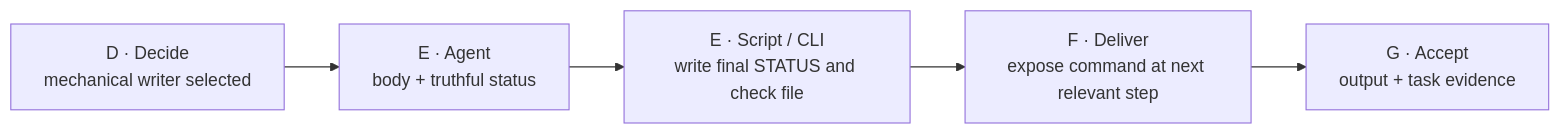
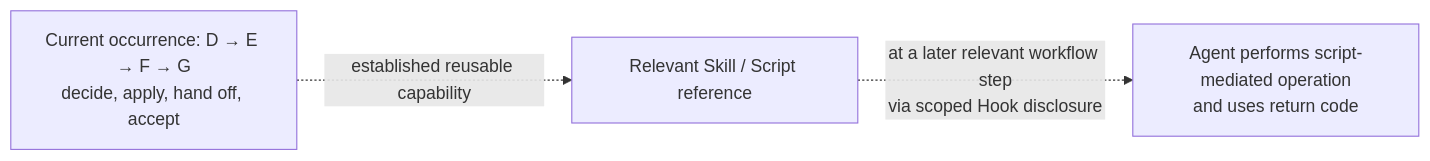
The third of 3 diagrams in docs/discussions/error-handling/actions/e0002-action-map.md (dyphn1/Harness-everything), drawn with Mermaid before and after one commit. The commit also changed other lines of this file, not shown here.

Commit message:
docs(error-handling): refine E-0002 Level 2 block zoom and return-code handling

````diff
--- a/docs/discussions/error-handling/actions/e0002-action-map.md
+++ b/docs/discussions/error-handling/actions/e0002-action-map.md
@@ -59,7 +71,5 @@
 ```mermaid
 flowchart LR
-    D["D · Decide<br/>mechanical writer selected"] --> E1["E · Agent<br/>body + truthful status"]
-    E1 --> E2["E · Script / CLI<br/>write final STATUS and check file"]
-    E2 --> F["F · Deliver<br/>expose command at next relevant step"]
-    F --> G["G · Accept<br/>output + task evidence"]
+    RESPONSE["Current occurrence: D → E → F → G<br/>decide, apply, hand off, accept"] -. "established reusable capability" .-> AVAILABLE["Relevant Skill / Script reference"]
+    AVAILABLE -. "at a later relevant workflow step<br/>via scoped Hook disclosure" .-> OP["Agent performs script-mediated operation<br/>and uses return code"]
 ```
````
